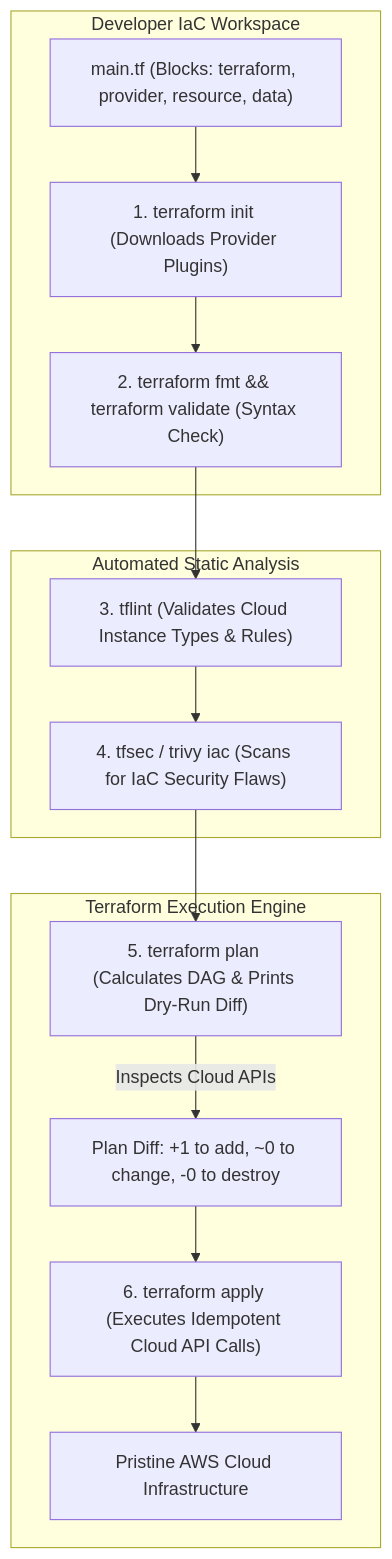
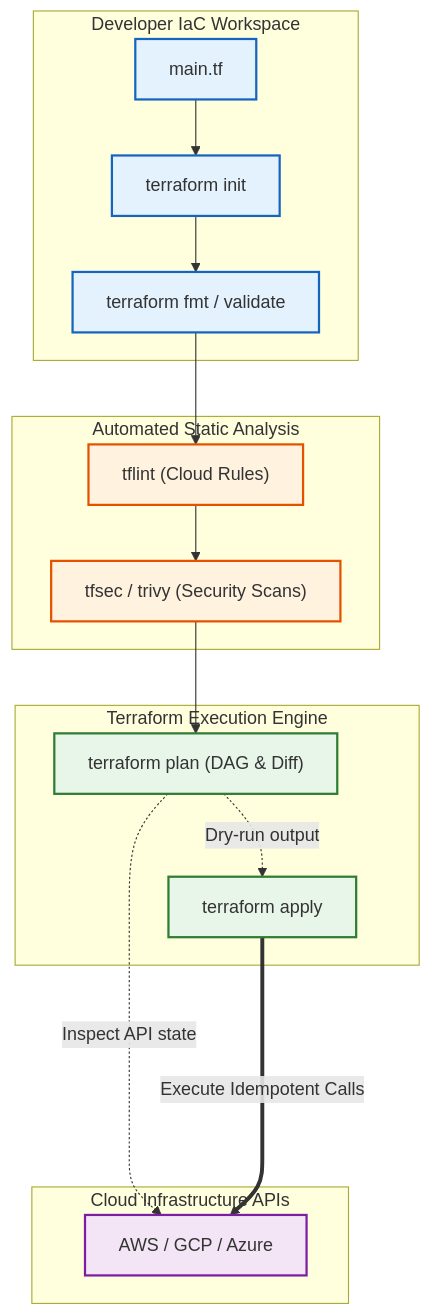
Before and after one commit to aloysiuspattath/platform-engineering-ai-course: the diagram in website/pages/courses/platform-engineering/modules/module-08/lesson-01.md, drawn with Mermaid. The commit also changed 114 other files, not shown here.

Commit message:
refactor: massive swarm diagram review enforcing architectural layers and strict color palette

````diff
--- a/website/pages/courses/platform-engineering/modules/module-08/lesson-01.md
+++ b/website/pages/courses/platform-engineering/modules/module-08/lesson-01.md
@@ -120,19 +120,38 @@
 ```mermaid
 flowchart TD
+    classDef dev fill:#e3f2fd,stroke:#1565c0,stroke-width:2px;
+    classDef gate fill:#fff3e0,stroke:#e65100,stroke-width:2px;
+    classDef engine fill:#e8f5e9,stroke:#2e7d32,stroke-width:2px;
+    classDef cloud fill:#f3e5f5,stroke:#7b1fa2,stroke-width:2px;
+
     subgraph DeveloperWorkspace [Developer IaC Workspace]
-        HCL["main.tf (Blocks: terraform, provider, resource, data)"] --> INIT["1. terraform init (Downloads Provider Plugins)"]
-        INIT --> FMT["2. terraform fmt && terraform validate (Syntax Check)"]
+        HCL["main.tf"]
+        INIT["terraform init"]
+        FMT["terraform fmt / validate"]
+        HCL --> INIT --> FMT
     end
 
     subgraph SecurityGate [Automated Static Analysis]
-        FMT --> TFLINT["3. tflint (Validates Cloud Instance Types & Rules)"]
-        TFLINT --> TFSEC["4. tfsec / trivy iac (Scans for IaC Security Flaws)"]
+        TFLINT["tflint (Cloud Rules)"]
+        TFSEC["tfsec / trivy (Security Scans)"]
+        FMT --> TFLINT --> TFSEC
     end
 
     subgraph ExecutionEngine [Terraform Execution Engine]
-        TFSEC --> PLAN["5. terraform plan (Calculates DAG & Prints Dry-Run Diff)"]
-        PLAN -->|Inspects Cloud APIs| DIFF["Plan Diff: +1 to add, ~0 to change, -0 to destroy"]
-        DIFF --> APPLY["6. terraform apply (Executes Idempotent Cloud API Calls)"]
-        APPLY --> CLOUD["Pristine AWS Cloud Infrastructure"]
+        PLAN["terraform plan (DAG & Diff)"]
+        APPLY["terraform apply"]
+        TFSEC --> PLAN
+        PLAN -.->|Dry-run output| APPLY
     end
+
+    subgraph CloudAPI [Cloud Infrastructure APIs]
+        CLOUD["AWS / GCP / Azure"]
+        PLAN -.->|Inspect API state| CLOUD
+        APPLY ====>|Execute Idempotent Calls| CLOUD
+    end
+
+    class HCL,INIT,FMT dev;
+    class TFLINT,TFSEC gate;
+    class PLAN,APPLY engine;
+    class CLOUD cloud;
 ```
````
